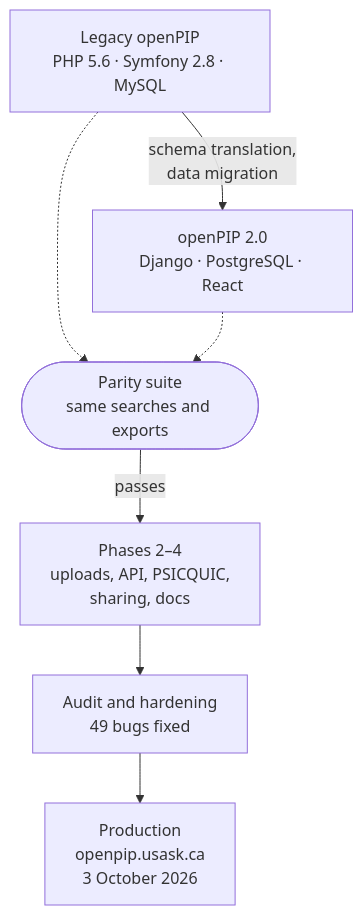
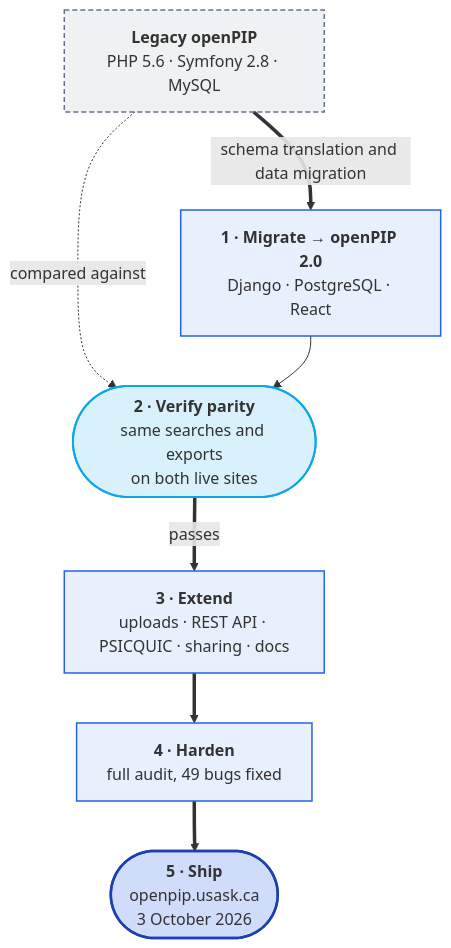
One commit to Helmy-Lab/openpip-2.0 changed the diagram in docs/dev-notes/posts/gsoc-2026-final-report.md. Above: the diagram before and after it, drawn with Mermaid.

Commit message:
docs: restyle the GSoC report's workflow diagram
Numbered steps in the brand colours, with translucent fills so the labels
stay readable in both the light and dark themes.

````diff
--- a/docs/dev-notes/posts/gsoc-2026-final-report.md
+++ b/docs/dev-notes/posts/gsoc-2026-final-report.md
@@ -51,13 +51,23 @@
 ```mermaid
 flowchart TD
-    L["Legacy openPIP<br/>PHP 5.6 · Symfony 2.8 · MySQL"]
-    N["openPIP 2.0<br/>Django · PostgreSQL · React"]
-    P(["Parity suite<br/>same searches and exports"])
-    E["Phases 2–4<br/>uploads, API, PSICQUIC,<br/>sharing, docs"]
-    H["Audit and hardening<br/>49 bugs fixed"]
-    D["Production<br/>openpip.usask.ca<br/>3 October 2026"]
-    L -->|"schema translation,<br/>data migration"| N
-    L -.-> P
-    N -.-> P
-    P -->|passes| E --> H --> D
+    L["<b>Legacy openPIP</b><br/>PHP 5.6 · Symfony 2.8 · MySQL"]
+    N["<b>1 · Migrate → openPIP 2.0</b><br/>Django · PostgreSQL · React"]
+    P(["<b>2 · Verify parity</b><br/>same searches and exports<br/>on both live sites"])
+    E["<b>3 · Extend</b><br/>uploads · REST API · PSICQUIC · sharing · docs"]
+    H["<b>4 · Harden</b><br/>full audit, 49 bugs fixed"]
+    D(["<b>5 · Ship</b><br/>openpip.usask.ca<br/>3 October 2026"])
+
+    L ==>|schema translation and data migration| N
+    L -. compared against .-> P
+    N --> P
+    P ==>|passes| E ==> H ==> D
+
+    classDef legacy fill:#64748b1a,stroke:#64748b,stroke-width:1.5px,stroke-dasharray:5 3
+    classDef step fill:#2563eb1a,stroke:#2563eb,stroke-width:1.5px
+    classDef check fill:#0ea5e929,stroke:#0ea5e9,stroke-width:2px
+    classDef ship fill:#2563eb38,stroke:#1e40af,stroke-width:2.5px
+    class L legacy
+    class N,E,H step
+    class P check
+    class D ship
 ```
````
